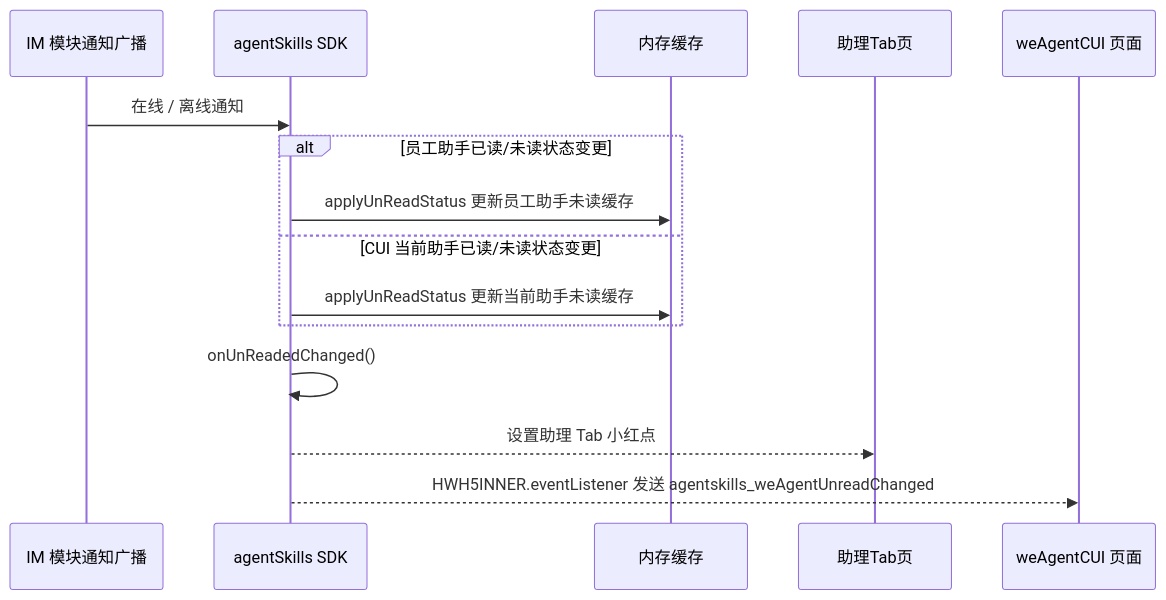
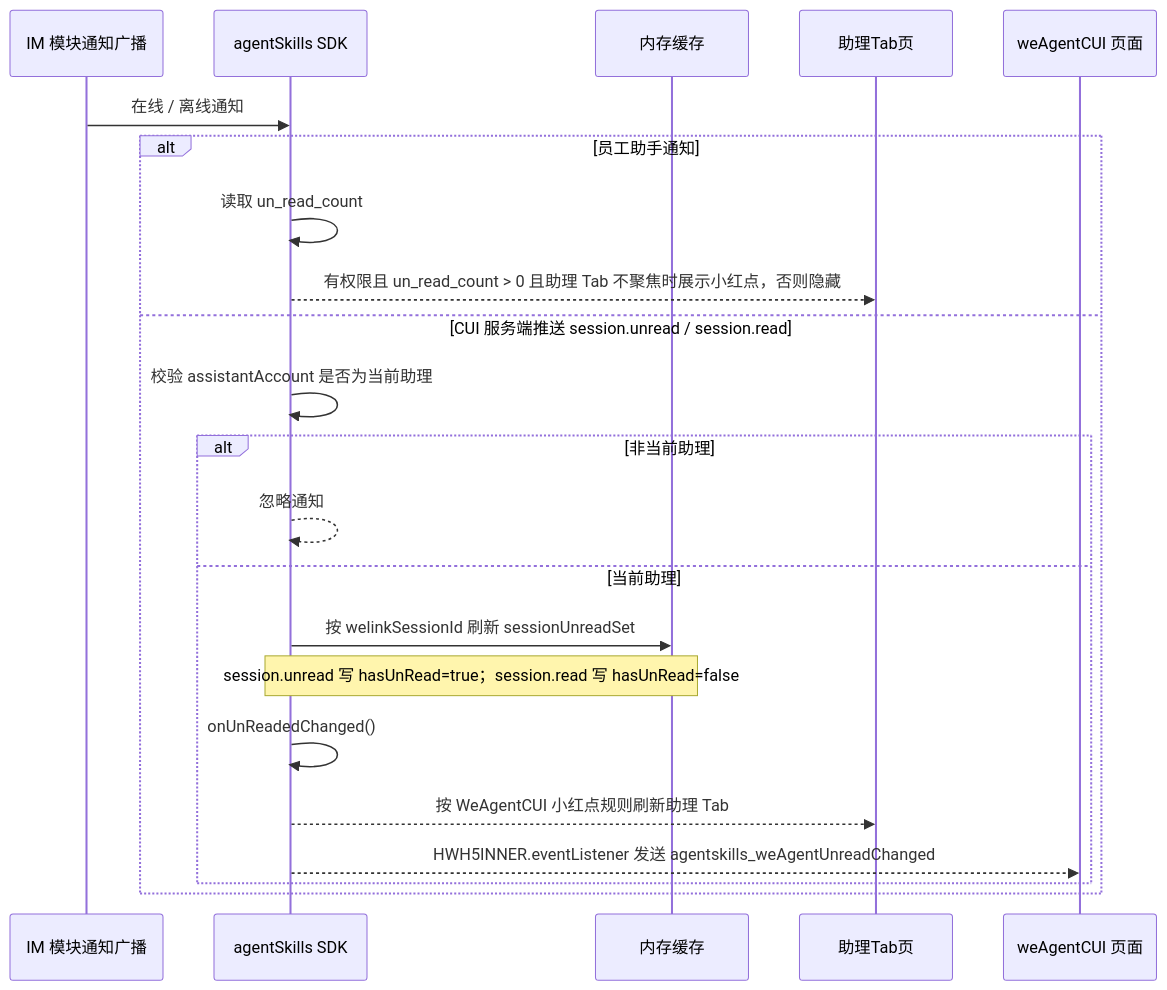
The fourth of 7 diagrams in 2026-06-11-we-agent-tab-unread-red-dot-plan.md (Abelsjcheng/skillSDK), drawn with Mermaid before and after one commit. The commit also changed other lines of this file, not shown here.

````diff
--- a/2026-06-11-we-agent-tab-unread-red-dot-plan.md
+++ b/2026-06-11-we-agent-tab-unread-red-dot-plan.md
@@ -152,18 +177,25 @@
 ```mermaid
 sequenceDiagram
     participant IM as IM 模块通知广播
     participant SDK as agentSkills SDK
     participant Memory as 内存缓存
     participant Tab as 助理Tab页
     participant CUI as weAgentCUI 页面
 
     IM->>SDK: 在线 / 离线通知
-    alt 员工助手已读/未读状态变更
-        SDK->>Memory: applyUnReadStatus 更新员工助手未读缓存
-    else CUI 当前助手已读/未读状态变更
-        SDK->>Memory: applyUnReadStatus 更新当前助手未读缓存
+    alt 员工助手通知
+        SDK->>SDK: 读取 un_read_count
+        SDK-->>Tab: 有权限且 un_read_count > 0 且助理 Tab 不聚焦时展示小红点，否则隐藏
+    else CUI 服务端推送 session.unread / session.read
+        SDK->>SDK: 校验 assistantAccount 是否为当前助理
+        alt 非当前助理
+            SDK-->>SDK: 忽略通知
+        else 当前助理
+            SDK->>Memory: 按 welinkSessionId 刷新 sessionUnreadSet
+            Note over SDK,Memory: session.unread 写 hasUnRead=true；session.read 写 hasUnRead=false
+            SDK->>SDK: onUnReadedChanged()
+            SDK-->>Tab: 按 WeAgentCUI 小红点规则刷新助理 Tab
+            SDK-->>CUI: HWH5INNER.eventListener 发送 agentskills_weAgentUnreadChanged
+        end
     end
-    SDK->>SDK: onUnReadedChanged()
-    SDK-->>Tab: 设置助理 Tab 小红点
-    SDK-->>CUI: HWH5INNER.eventListener 发送 agentskills_weAgentUnreadChanged
 ```
````
